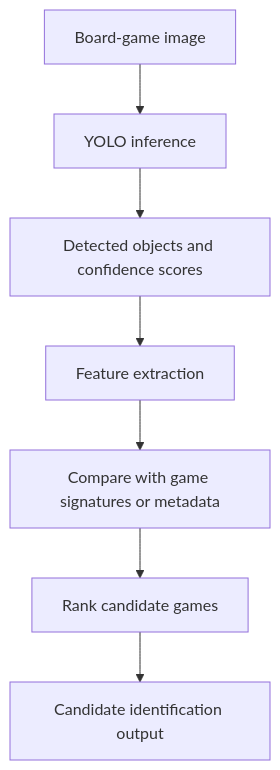
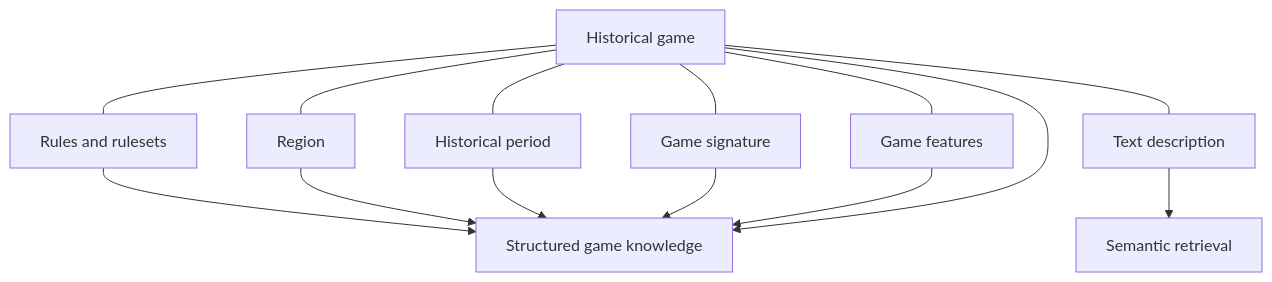
One commit to salma12814/ludii-game-intelligence changed the third of 6 diagrams in README.md. Above: the diagram before and after it, drawn with Mermaid. The commit also changed other lines of this file, not shown here.

````diff
--- a/README.md
+++ b/README.md
@@ -78,9 +108,16 @@
 ```mermaid
 flowchart TD
-    I[Board-game image] --> Y[YOLO inference]
-    Y --> O[Detected objects and confidence scores]
-    O --> X[Feature extraction]
-    X --> M[Compare with game signatures or metadata]
-    M --> R[Rank candidate games]
-    R --> V[Candidate identification output]
+    GAME[Historical game] --- RULES[Rules and rulesets]
+    GAME --- REGION[Region]
+    GAME --- PERIOD[Historical period]
+    GAME --- SIGNATURE[Game signature]
+    GAME --- FEATURES[Game features]
+    GAME --- DESCRIPTION[Text description]
+    DESCRIPTION --> RAG[Semantic retrieval]
+    RULES --> KNOWLEDGE[Structured game knowledge]
+    REGION --> KNOWLEDGE
+    PERIOD --> KNOWLEDGE
+    SIGNATURE --> KNOWLEDGE
+    FEATURES --> KNOWLEDGE
+    GAME --> KNOWLEDGE
 ```
````
